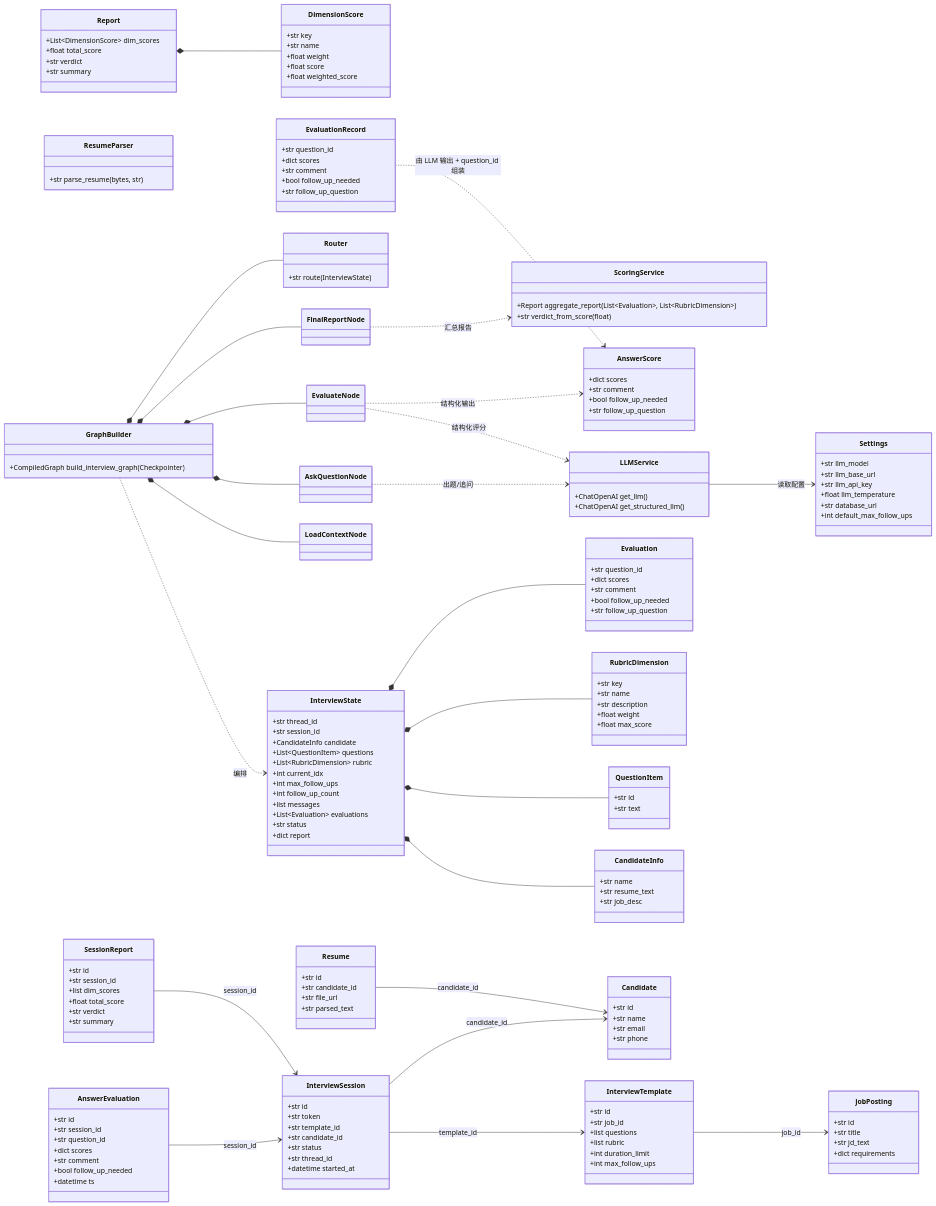
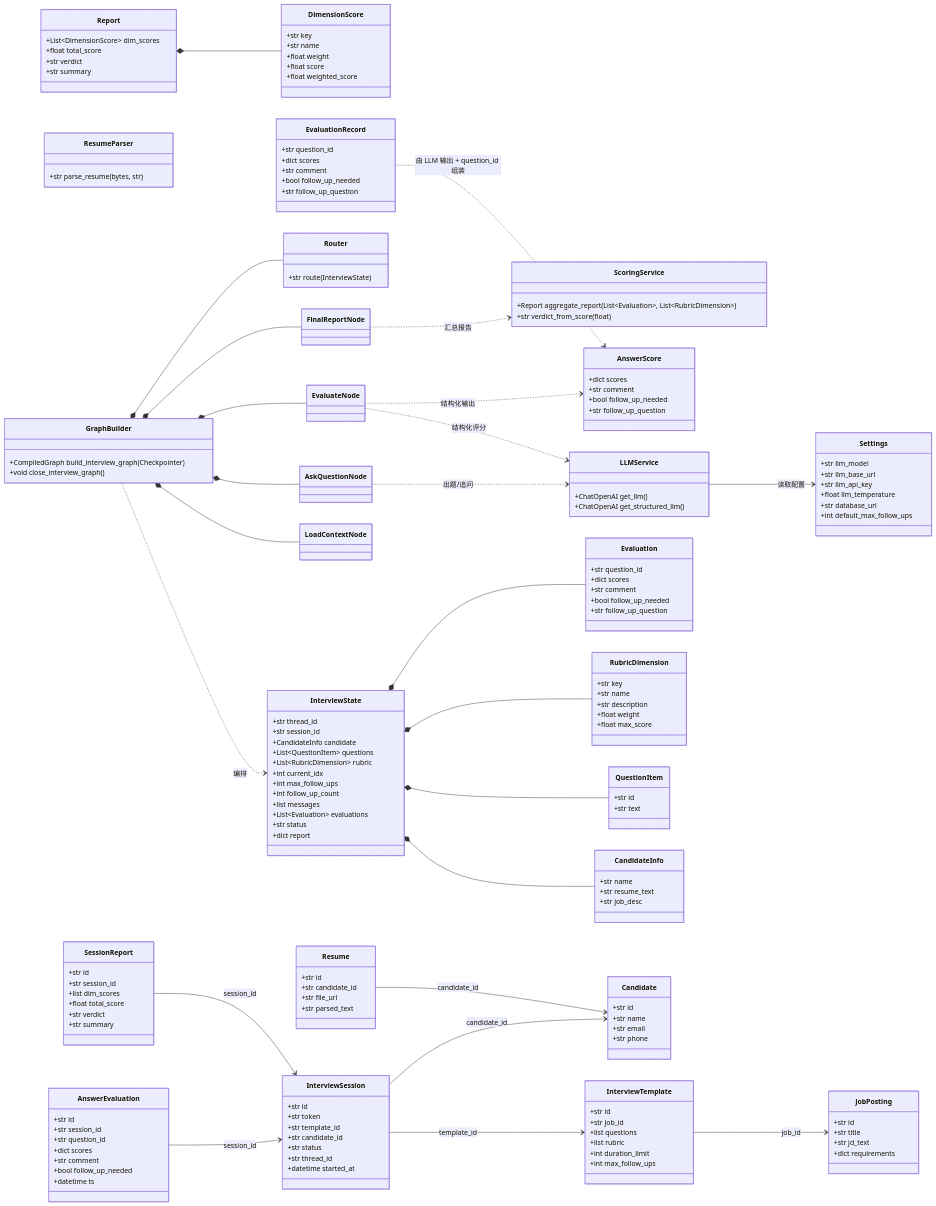
Before and after one commit to WEMoon957/ai-interview-agent: the diagram in docs/class-diagram.mermaid, drawn with Mermaid. The commit also changed 2 other files, not shown here.

```diff
--- a/docs/class-diagram.mermaid
+++ b/docs/class-diagram.mermaid
@@ -1,177 +1,178 @@
 classDiagram
     direction LR
 
     class InterviewState {
         +str thread_id
         +str session_id
         +CandidateInfo candidate
         +List~QuestionItem~ questions
         +List~RubricDimension~ rubric
         +int current_idx
         +int max_follow_ups
         +int follow_up_count
         +list messages
         +List~Evaluation~ evaluations
         +str status
         +dict report
     }
     class CandidateInfo {
         +str name
         +str resume_text
         +str job_desc
     }
     class QuestionItem {
         +str id
         +str text
     }
     class RubricDimension {
         +str key
         +str name
         +str description
         +float weight
         +float max_score
     }
     class Evaluation {
         +str question_id
         +dict scores
         +str comment
         +bool follow_up_needed
         +str follow_up_question
     }
 
     class AnswerScore {
         +dict scores
         +str comment
         +bool follow_up_needed
         +str follow_up_question
     }
     class EvaluationRecord {
         +str question_id
         +dict scores
         +str comment
         +bool follow_up_needed
         +str follow_up_question
     }
     class DimensionScore {
         +str key
         +str name
         +float weight
         +float score
         +float weighted_score
     }
     class Report {
         +List~DimensionScore~ dim_scores
         +float total_score
         +str verdict
         +str summary
     }
 
     class Settings {
         +str llm_model
         +str llm_base_url
         +str llm_api_key
         +float llm_temperature
         +str database_url
         +int default_max_follow_ups
     }
     class LLMService {
         +ChatOpenAI get_llm()
         +ChatOpenAI get_structured_llm()
     }
     class ResumeParser {
         +str parse_resume(bytes, str)
     }
     class ScoringService {
         +Report aggregate_report(List~Evaluation~, List~RubricDimension~)
         +str verdict_from_score(float)
     }
 
     class GraphBuilder {
         +CompiledGraph build_interview_graph(Checkpointer)
+        +void close_interview_graph()
     }
     class LoadContextNode
     class AskQuestionNode
     class EvaluateNode
     class FinalReportNode
     class Router {
         +str route(InterviewState)
     }
 
     class JobPosting {
         +str id
         +str title
         +str jd_text
         +dict requirements
     }
     class InterviewTemplate {
         +str id
         +str job_id
         +list questions
         +list rubric
         +int duration_limit
         +int max_follow_ups
     }
     class Candidate {
         +str id
         +str name
         +str email
         +str phone
     }
     class Resume {
         +str id
         +str candidate_id
         +str file_url
         +str parsed_text
     }
     class InterviewSession {
         +str id
         +str token
         +str template_id
         +str candidate_id
         +str status
         +str thread_id
         +datetime started_at
     }
     class AnswerEvaluation {
         +str id
         +str session_id
         +str question_id
         +dict scores
         +str comment
         +bool follow_up_needed
         +datetime ts
     }
     class SessionReport {
         +str id
         +str session_id
         +list dim_scores
         +float total_score
         +str verdict
         +str summary
     }
 
     InterviewState *-- CandidateInfo
     InterviewState *-- QuestionItem
     InterviewState *-- RubricDimension
     InterviewState *-- Evaluation
     EvaluationRecord ..> AnswerScore : 由 LLM 输出 + question_id 组装
     Report *-- DimensionScore
 
     GraphBuilder ..> InterviewState : 编排
     GraphBuilder *-- LoadContextNode
     GraphBuilder *-- AskQuestionNode
     GraphBuilder *-- EvaluateNode
     GraphBuilder *-- FinalReportNode
     GraphBuilder *-- Router
     AskQuestionNode ..> LLMService : 出题/追问
     EvaluateNode ..> LLMService : 结构化评分
     FinalReportNode ..> ScoringService : 汇总报告
     EvaluateNode ..> AnswerScore : 结构化输出
 
     InterviewTemplate --> JobPosting : job_id
     Resume --> Candidate : candidate_id
     InterviewSession --> InterviewTemplate : template_id
     InterviewSession --> Candidate : candidate_id
     AnswerEvaluation --> InterviewSession : session_id
     SessionReport --> InterviewSession : session_id
     LLMService --> Settings : 读取配置
```
